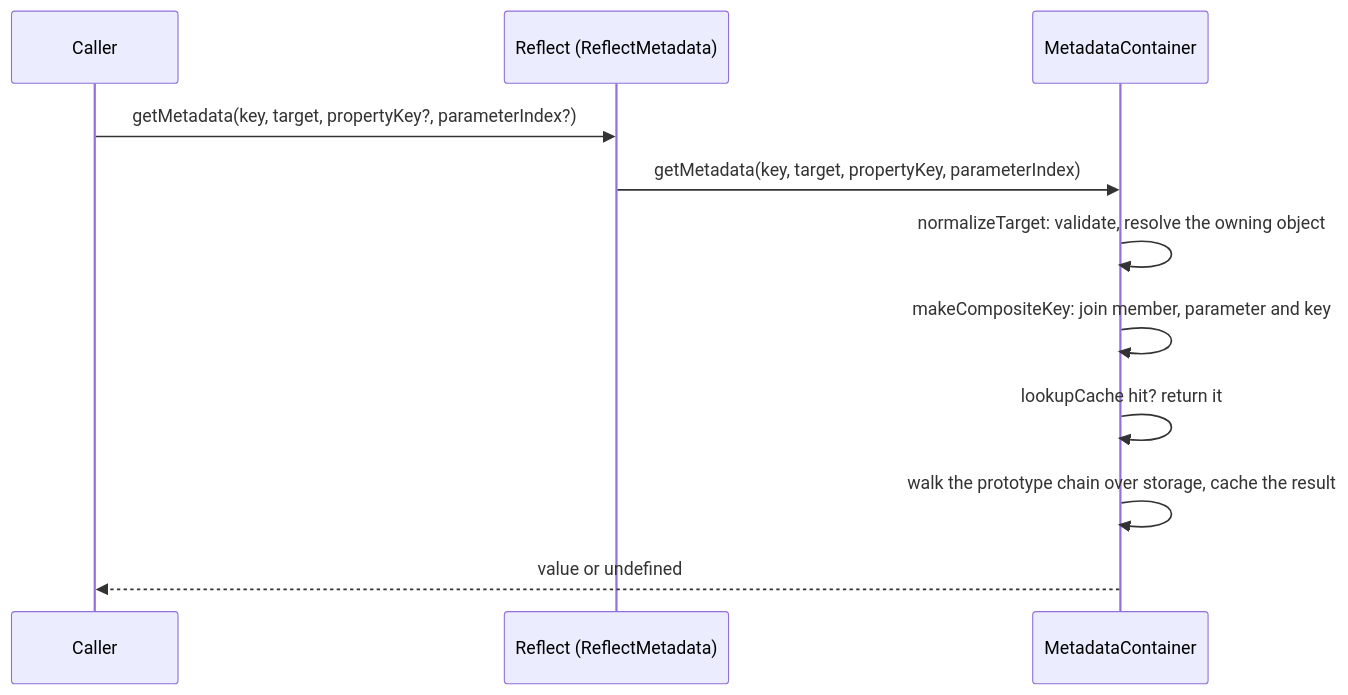
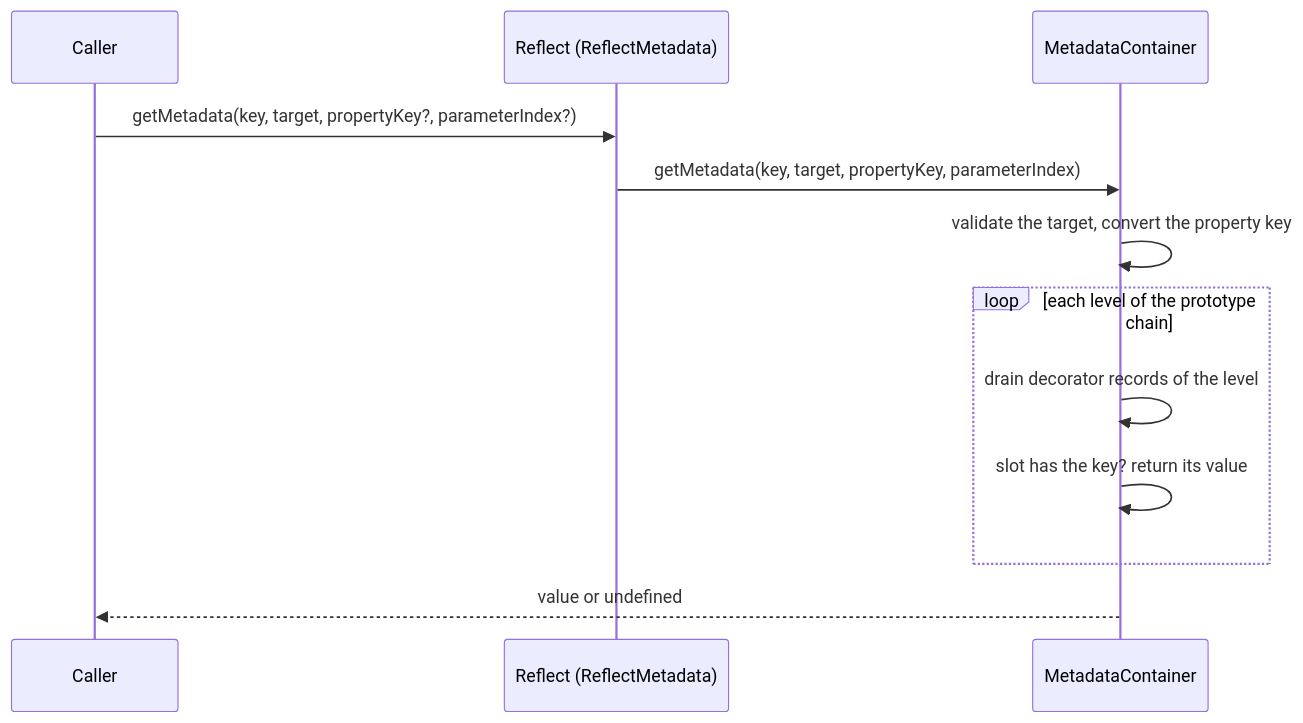
Before and after one commit to esliph/metadata: the second of 3 diagrams in docs/explanation/architecture/overview.md, drawn with Mermaid. The commit also changed other lines of this file and 19 other files, not shown here.

````diff
--- a/docs/explanation/architecture/overview.md
+++ b/docs/explanation/architecture/overview.md
@@ -38,13 +45,14 @@
 ```mermaid
 sequenceDiagram
   participant Caller
   participant R as Reflect (ReflectMetadata)
   participant C as MetadataContainer
   Caller->>R: getMetadata(key, target, propertyKey?, parameterIndex?)
   R->>C: getMetadata(key, target, propertyKey, parameterIndex)
-  C->>C: normalizeTarget: validate, resolve the owning object
-  C->>C: makeCompositeKey: join member, parameter and key
-  C->>C: lookupCache hit? return it
-  C->>C: walk the prototype chain over storage, cache the result
+  C->>C: validate the target, convert the property key
+  loop each level of the prototype chain
+    C->>C: drain decorator records of the level
+    C->>C: slot has the key? return its value
+  end
   C-->>Caller: value or undefined
 ```
````
